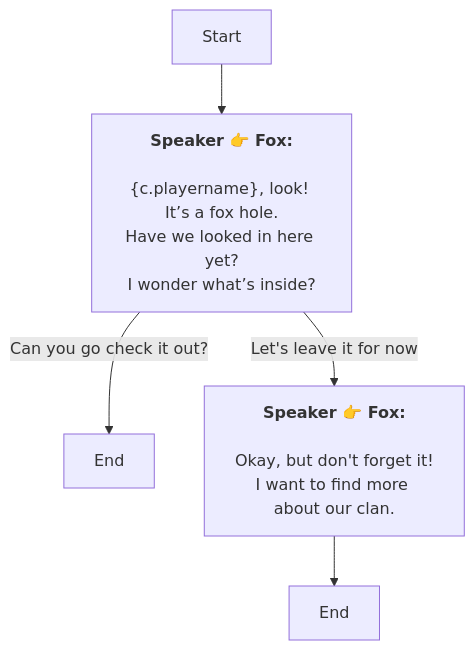
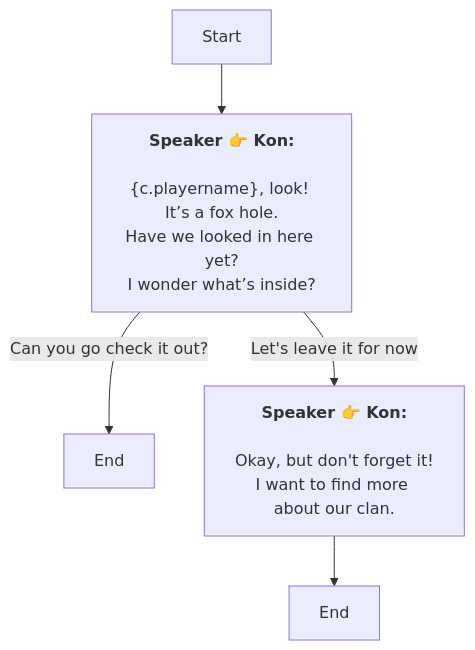
Before and after one commit to SoftHu/tos_avg: the diagram in Zh/QuestTalkObjectiveNode_1777229876491523.md, drawn with Mermaid. The commit also changed 730 other files, not shown here.

````diff
--- a/Zh/QuestTalkObjectiveNode_1777229876491523.md
+++ b/Zh/QuestTalkObjectiveNode_1777229876491523.md
@@ -1,13 +1,13 @@
 ```mermaid
 graph
-Start -->1777230206701830[<b>Speaker 👉 Fox:</b>
+Start -->1777230206701830[<b>Speaker 👉 Kon:</b>
 \n&lbrace;c.playername&rbrace;, look! It’s a fox hole.
 Have we looked in here yet?
 I wonder what’s inside?]
 1777230206701830 -->|Can you go check it out?|1777230377562387[End]
-1777230206701830 -->|Let's leave it for now|1777230327312653[<b>Speaker 👉 Fox:</b>
+1777230206701830 -->|Let's leave it for now|1777230327312653[<b>Speaker 👉 Kon:</b>
 \nOkay, but don't forget it!
 I want to find more about our clan.]
 1777230327312653 -->1777230368787727[End]
 
 ```
````
